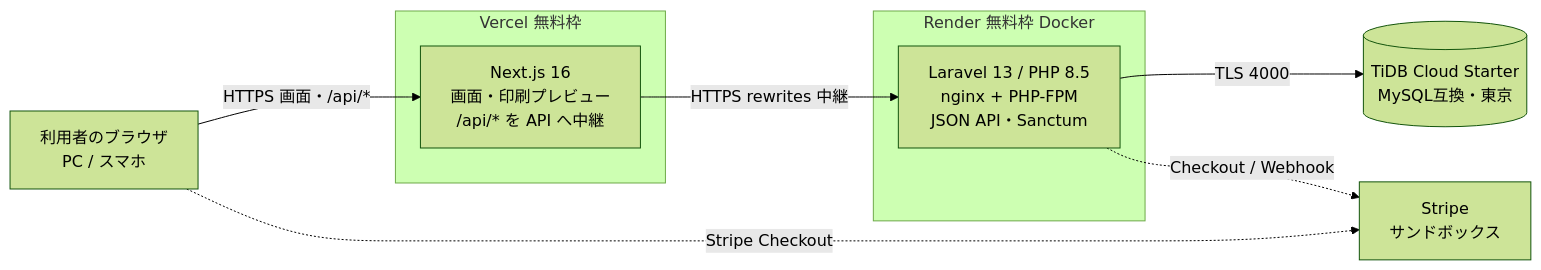
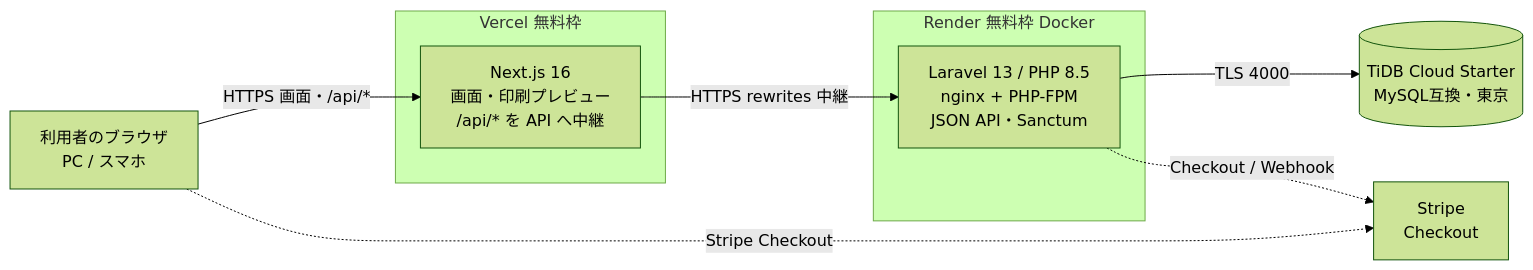
One commit to fm5889rx/repace-app changed the first of 3 diagrams in docs/設計書.md. Above: the diagram before and after it, drawn with Mermaid (forest theme). The commit also changed other lines of this file and 9 other files, not shown here.

````diff
--- a/docs/設計書.md
+++ b/docs/設計書.md
@@ -12,18 +12,18 @@
 ```mermaid
 flowchart LR
     U[利用者のブラウザ<br/>PC / スマホ]
     subgraph Vercel[Vercel 無料枠]
         N[Next.js 16<br/>画面・印刷プレビュー<br/>/api/* を API へ中継]
     end
     subgraph Render[Render 無料枠 Docker]
         L[Laravel 13 / PHP 8.5<br/>nginx + PHP-FPM<br/>JSON API・Sanctum]
     end
     D[(TiDB Cloud Starter<br/>MySQL互換・東京)]
-    S[Stripe<br/>サンドボックス]
+    S[Stripe<br/>Checkout]
 
     U -->|HTTPS 画面・/api/*| N
     N -->|HTTPS rewrites 中継| L
     L -->|TLS 4000| D
     L -.->|Checkout / Webhook| S
     U -.->|Stripe Checkout| S
 ```
````
